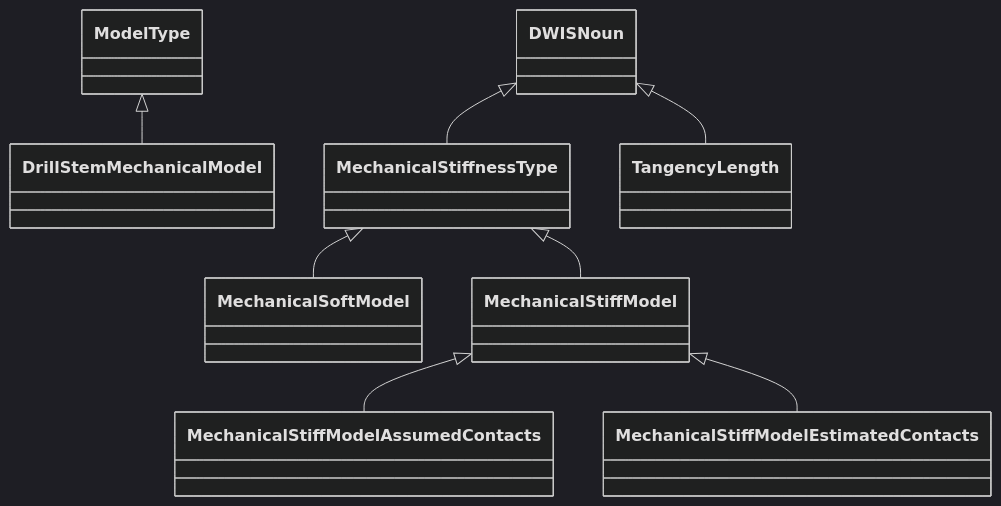
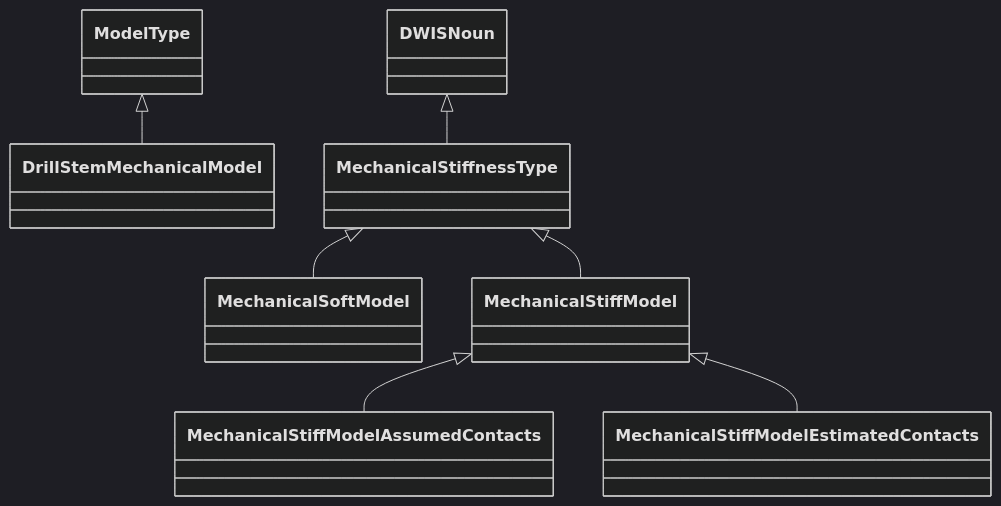
Before and after one commit to D-WIS/DDHub-Semantic-Interoperability: the first of 10 diagrams in docs/vocabulary_development/auto-generated/md/definition-files/MechanicalModel.md, drawn with Mermaid (dark theme). The commit also changed other lines of this file and 37 other files, not shown here.

````diff
--- a/docs/vocabulary_development/auto-generated/md/definition-files/MechanicalModel.md
+++ b/docs/vocabulary_development/auto-generated/md/definition-files/MechanicalModel.md
@@ -8,10 +8,9 @@
 ```mermaid
 classDiagram
 ModelType <|-- DrillStemMechanicalModel
 DWISNoun <|-- MechanicalStiffnessType
 MechanicalStiffnessType <|-- MechanicalSoftModel
 MechanicalStiffnessType <|-- MechanicalStiffModel
 MechanicalStiffModel <|-- MechanicalStiffModelAssumedContacts
 MechanicalStiffModel <|-- MechanicalStiffModelEstimatedContacts
-DWISNoun <|-- TangencyLength
 ```
````
